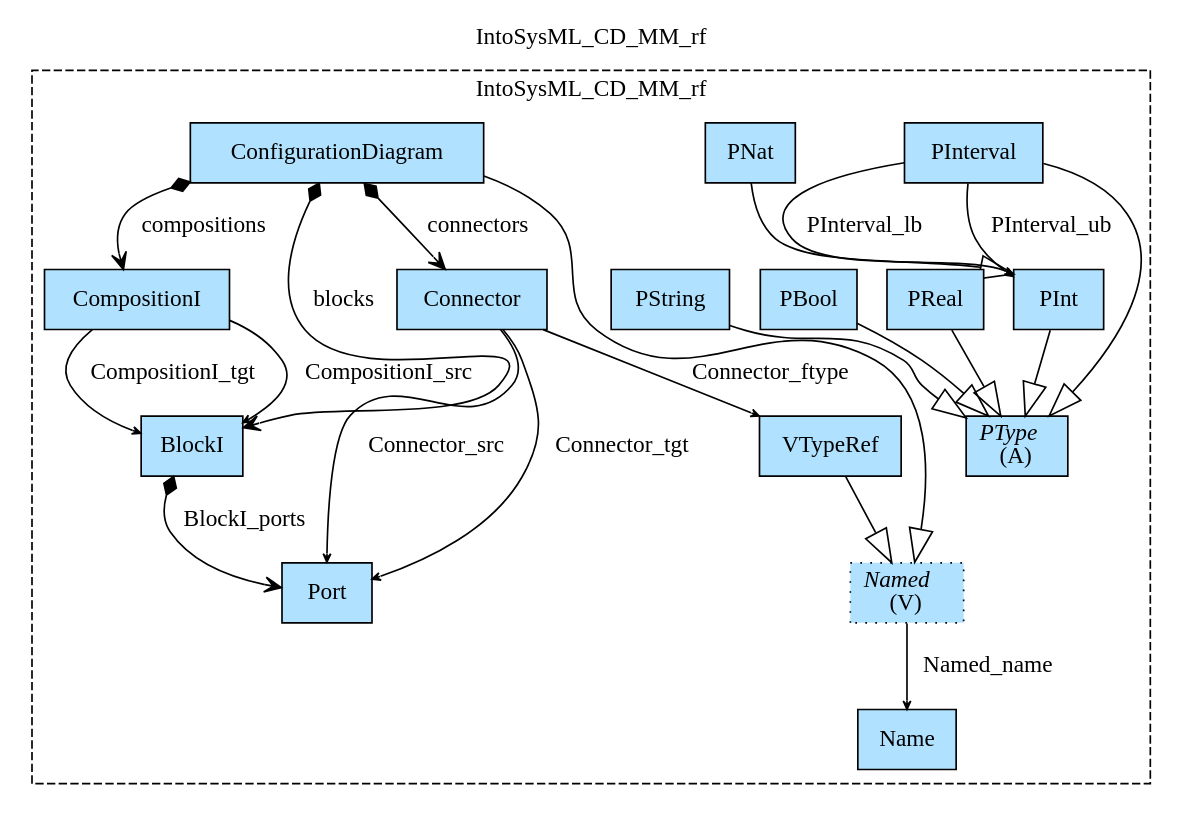
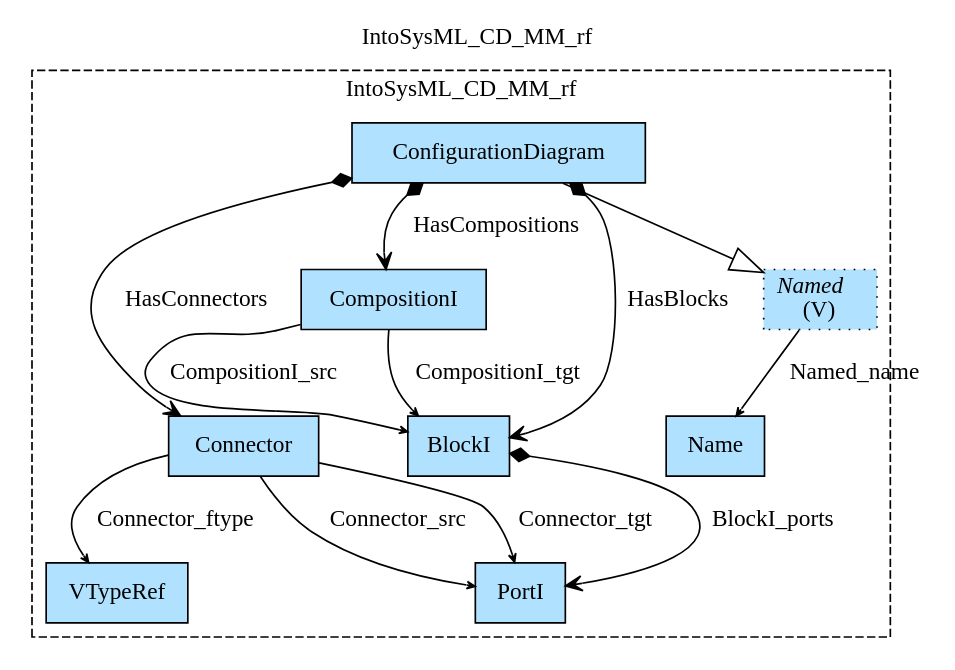
Before and after one commit to namalio/Fragmenta: the diagram in Haskell/IntoSysML/MM/img/IntoSysML_CD_MM_rf.gv, drawn with Graphviz. The commit also changed 129 other files, not shown here.

```diff
--- a/Haskell/IntoSysML/MM/img/IntoSysML_CD_MM_rf.gv
+++ b/Haskell/IntoSysML/MM/img/IntoSysML_CD_MM_rf.gv
@@ -1,41 +1,25 @@
 digraph {graph[label=IntoSysML_CD_MM_rf,labelloc=tl,labelfontsize=12];
 subgraph cluster_IntoSysML_CD_MM_rf{style=dashed;label=IntoSysML_CD_MM_rf;
 "Name"[shape=record,fillcolor=lightskyblue1,style = filled,label="Name"];
-"PNat"[shape=record,fillcolor=lightskyblue1,style = filled,label="PNat"];
-"PReal"[shape=record,fillcolor=lightskyblue1,style = filled,label="PReal"];
-"PBool"[shape=record,fillcolor=lightskyblue1,style = filled,label="PBool"];
-"PString"[shape=record,fillcolor=lightskyblue1,style = filled,label="PString"];
-"PType"[shape=record,fillcolor=lightskyblue1,style = filled,label=<{<I>PType</I><br/>(A)}>];
-"PInterval"[shape=record,fillcolor=lightskyblue1,style = filled,label="PInterval"];
-"PInt"[shape=record,fillcolor=lightskyblue1,style = filled,label="PInt"];
 "ConfigurationDiagram"[shape=record,fillcolor=lightskyblue1,style = filled,label="ConfigurationDiagram"];
 "Connector"[shape=record,fillcolor=lightskyblue1,style = filled,label="Connector"];
-"Port"[shape=record,fillcolor=lightskyblue1,style = filled,label="Port"];
+"VTypeRef"[shape=record,fillcolor=lightskyblue1,style = filled,label="VTypeRef"];
+"PortI"[shape=record,fillcolor=lightskyblue1,style = filled,label="PortI"];
 "CompositionI"[shape=record,fillcolor=lightskyblue1,style = filled,label="CompositionI"];
 "BlockI"[shape=record,fillcolor=lightskyblue1,style = filled,label="BlockI"];
-"VTypeRef"[shape=record,fillcolor=lightskyblue1,style = filled,label="VTypeRef"];
 "Named"[shape=record,fillcolor=lightskyblue1,style ="filled,dotted",label=<{<I>Named</I><br/>(V)}>];
 
 "Named"->"Name"[label="Named_name",arrowhead=vee,headlabel="",arrowsize=.5];
-"PNat"->"PInt"[arrowhead=onormal,arrowsize=2.0];
-"PInt"->"PType"[arrowhead=onormal,arrowsize=2.0];
-"PInterval"->"PType"[arrowhead=onormal,arrowsize=2.0];
-"PReal"->"PType"[arrowhead=onormal,arrowsize=2.0];
-"PBool"->"PType"[arrowhead=onormal,arrowsize=2.0];
-"PString"->"PType"[arrowhead=onormal,arrowsize=2.0];
-"PInterval"->"PInt"[label="PInterval_lb",arrowhead=vee,headlabel="",arrowsize=.5];
-"PInterval"->"PInt"[label="PInterval_ub",arrowhead=vee,headlabel="",arrowsize=.5];
 "ConfigurationDiagram"->"Named"[arrowhead=onormal,arrowsize=2.0];
-"ConfigurationDiagram"->"CompositionI"[label="compositions",arrowhead=vee,arrowtail=diamond,dir=both,headlabel=""];
-"ConfigurationDiagram"->"BlockI"[label="blocks",arrowhead=vee,arrowtail=diamond,dir=both,headlabel=""];
-"ConfigurationDiagram"->"Connector"[label="connectors",arrowhead=vee,arrowtail=diamond,dir=both,headlabel=""];
-"Connector"->"Port"[label="Connector_src",arrowhead=vee,headlabel="",arrowsize=.5];
-"Connector"->"Port"[label="Connector_tgt",arrowhead=vee,headlabel="",arrowsize=.5];
+"ConfigurationDiagram"->"CompositionI"[label="HasCompositions",arrowhead=vee,arrowtail=diamond,dir=both,headlabel=""];
+"ConfigurationDiagram"->"BlockI"[label="HasBlocks",arrowhead=vee,arrowtail=diamond,dir=both,headlabel=""];
+"ConfigurationDiagram"->"Connector"[label="HasConnectors",arrowhead=vee,arrowtail=diamond,dir=both,headlabel=""];
+"Connector"->"PortI"[label="Connector_src",arrowhead=vee,headlabel="",arrowsize=.5];
+"Connector"->"PortI"[label="Connector_tgt",arrowhead=vee,headlabel="",arrowsize=.5];
 "Connector"->"VTypeRef"[label="Connector_ftype",arrowhead=vee,headlabel="",arrowsize=.5];
-"BlockI"->"Port"[label="BlockI_ports",arrowhead=vee,arrowtail=diamond,dir=both,headlabel=""];
+"BlockI"->"PortI"[label="BlockI_ports",arrowhead=vee,arrowtail=diamond,dir=both,headlabel=""];
 "CompositionI"->"BlockI"[label="CompositionI_src",arrowhead=vee,headlabel="",arrowsize=.5];
 "CompositionI"->"BlockI"[label="CompositionI_tgt",arrowhead=vee,headlabel="",arrowsize=.5];
-"VTypeRef"->"Named"[arrowhead=onormal,arrowsize=2.0];
 
 }
 }
```
